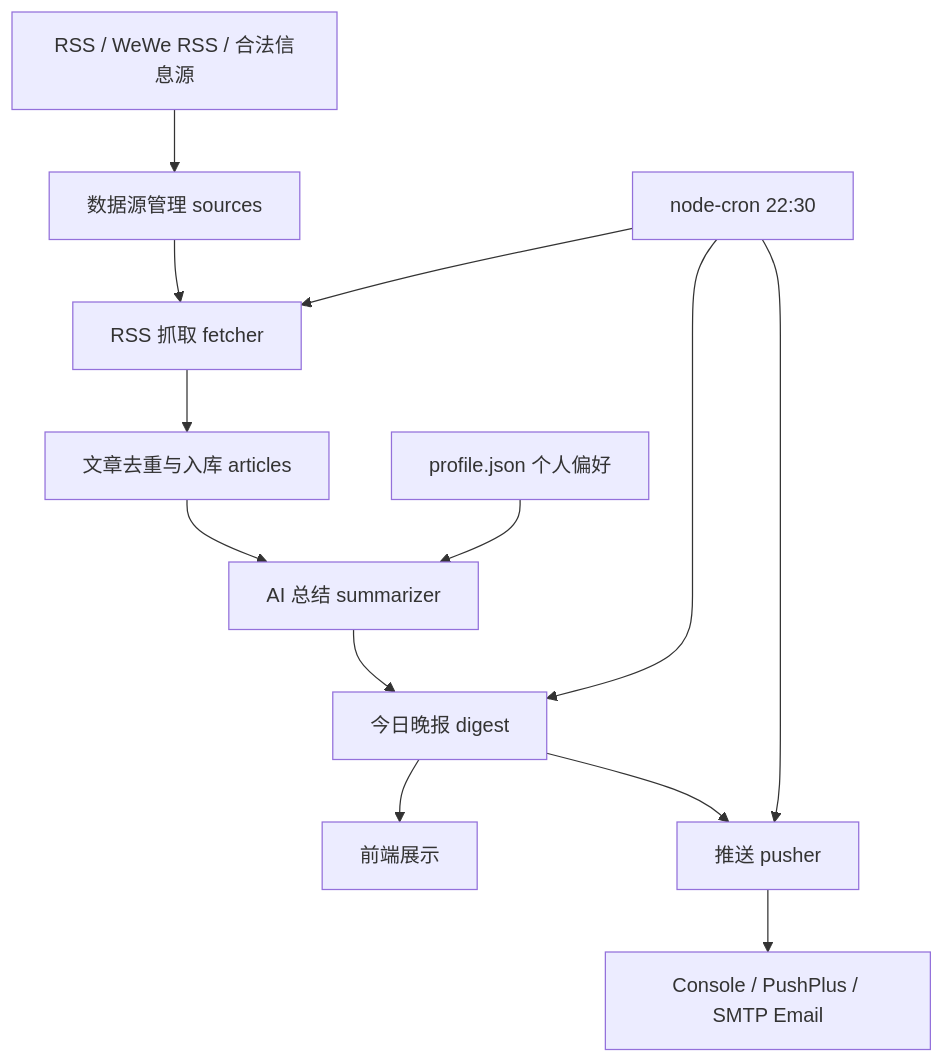
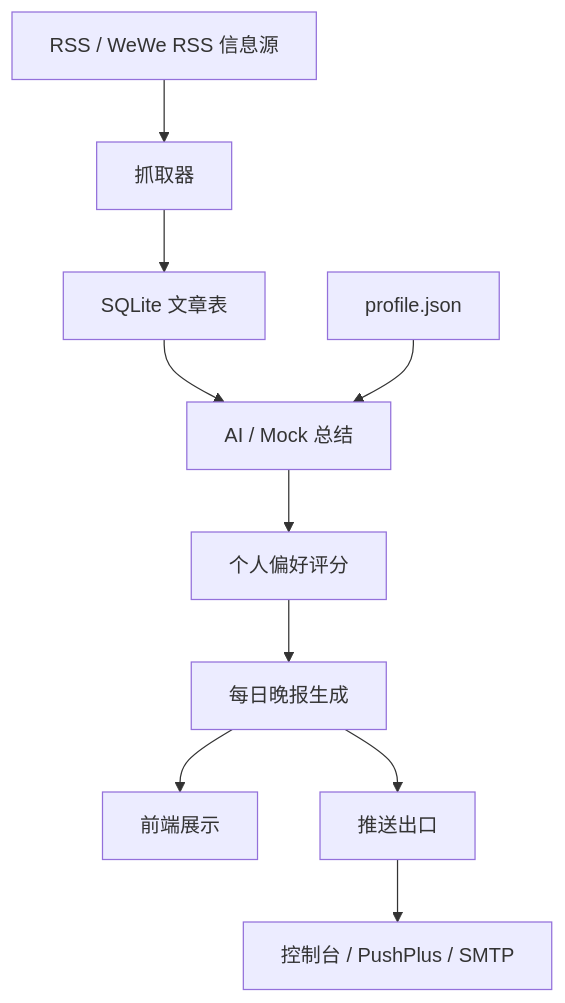
Before and after one commit to SUCHA-main/ai-wechat-digest-mvp: the diagram in README_CN.md, drawn with Mermaid. The commit also changed other lines of this file and 3 other files, not shown here.

````diff
--- a/README_CN.md
+++ b/README_CN.md
@@ -44,15 +42,12 @@
 ```mermaid
 flowchart TD
-  A[RSS / WeWe RSS / 合法信息源] --> B[数据源管理 sources]
-  B --> C[RSS 抓取 fetcher]
-  C --> D[文章去重与入库 articles]
-  D --> E[AI 总结 summarizer]
-  E --> F[今日晚报 digest]
+  A[RSS / WeWe RSS 信息源] --> B[抓取器]
+  B --> C[SQLite 文章表]
+  C --> D[AI / Mock 总结]
+  D --> E[个人偏好评分]
+  E --> F[每日晚报生成]
   F --> G[前端展示]
-  F --> H[推送 pusher]
-  H --> I[Console / PushPlus / SMTP Email]
-  J[profile.json 个人偏好] --> E
-  K[node-cron 22:30] --> C
-  K --> F
-  K --> H
+  F --> H[推送出口]
+  H --> I[控制台 / PushPlus / SMTP]
+  J[profile.json] --> D
 ```
````
